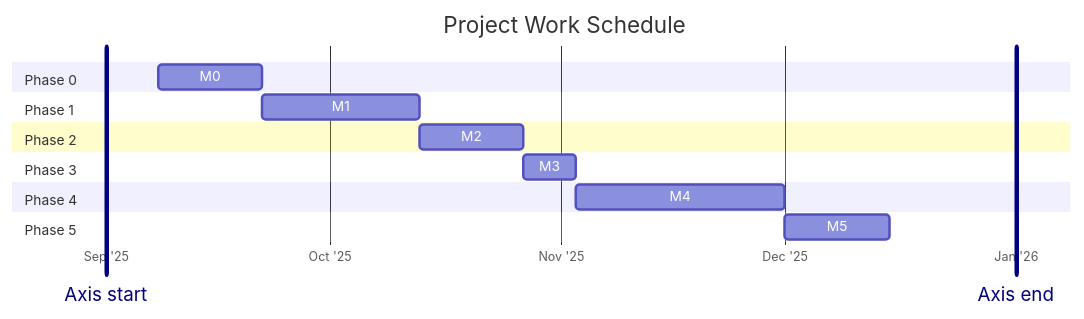
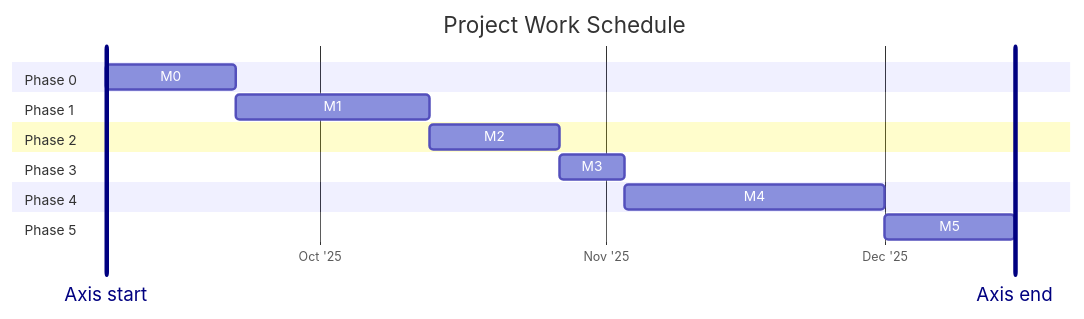
Before and after one commit to FrancescFe/FrancescFe.github.io: the first of 2 diagrams in src/content/project-report/03-03-methodology-and-planning.md, drawn with Mermaid. The commit also changed other lines of this file and 8 other files, not shown here.

````diff
--- a/src/content/project-report/03-03-methodology-and-planning.md
+++ b/src/content/project-report/03-03-methodology-and-planning.md
@@ -147,33 +147,33 @@
 ```mermaid
 ---
 config:
   gantt:
     useWidth: 884
     useMaxWidth: false
 ---
 gantt
     title Project Work Schedule
     dateFormat YYYY-MM-DD
     axisFormat %b '%y
     tickInterval 1month
 
     section Phase 0
-    Axis start : vert, axis-start, 2025-09-01, 1d
+    Axis start : vert, axis-start, 2025-09-08, 1d
     M0 :m0, 2025-09-08, 14d
 
     section Phase 1
     M1 :m1, after m0, 21d
 
     section Phase 2
     M2 :m2, after m1, 14d
 
     section Phase 3
     M3 :m3, after m2, 7d
 
     section Phase 4
     M4 :m4, after m3, 28d
 
     section Phase 5
     M5 :m5, after m4, 14d
-    Axis end : vert, axis-end, 2026-01-01, 1d
+    Axis end : vert, axis-end, 2025-12-15, 1d
 ```
````
